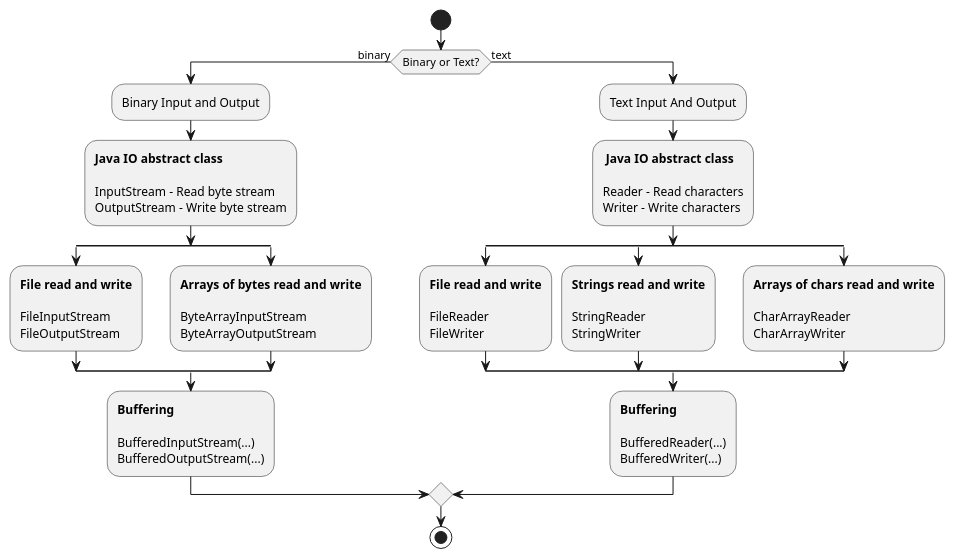
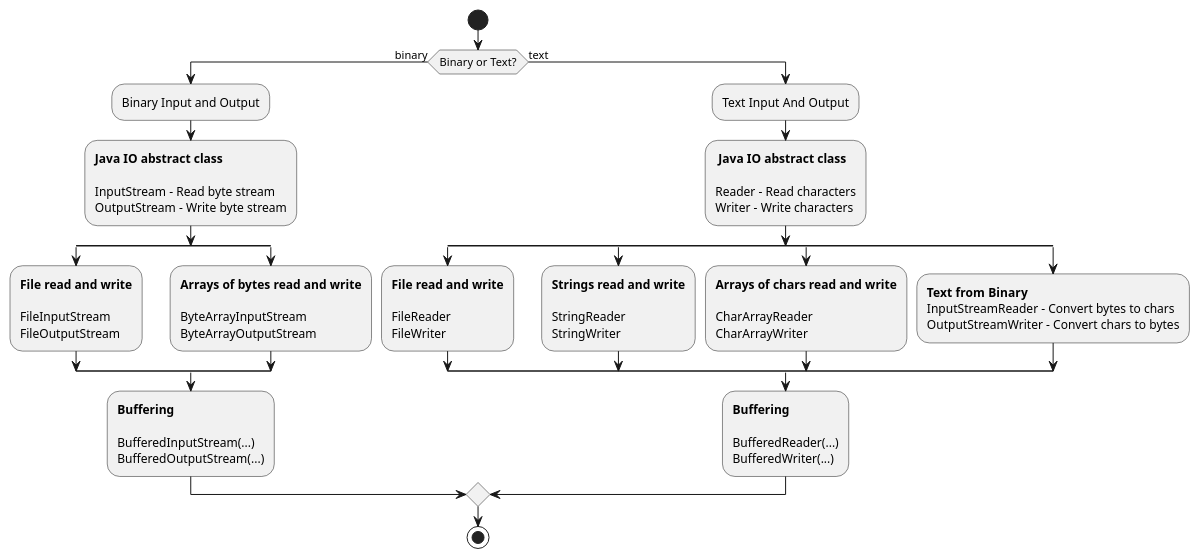
One commit to heig-vd-dai-course/heig-vd-dai-course changed the diagram in 05-java-ios/images/when-to-use-which-io.plantuml. Above: the diagram before and after it, drawn with PlantUML. The commit also changed 3 other files, not shown here.

Commit message:
Update PlantUML schema

```diff
--- a/05-java-ios/images/when-to-use-which-io.plantuml
+++ b/05-java-ios/images/when-to-use-which-io.plantuml
@@ -1,60 +1,64 @@
 @startuml java-io-decision-tree
 start
 
 if (Binary or Text?) then (binary)
   :Binary Input and Output;
   :**Java IO abstract class**
 
   InputStream - Read byte stream
   OutputStream - Write byte stream;
 
   split
     :**File read and write**
 
     FileInputStream
     FileOutputStream;
   split again
     :**Arrays of bytes read and write**
 
     ByteArrayInputStream
     ByteArrayOutputStream;
   end split
 
   :**Buffering**
 
   BufferedInputStream(...)
   BufferedOutputStream(...);
 
 else (text)
   :Text Input And Output;
   : **Java IO abstract class**
 
   Reader - Read characters
   Writer - Write characters;
 
   split
     :**File read and write**
 
     FileReader
     FileWriter;
 
   split again
     :**Strings read and write**
 
     StringReader
     StringWriter;
   split again
     :**Arrays of chars read and write**
 
     CharArrayReader
     CharArrayWriter;
+  split again
+    :**Text from Binary**
+    InputStreamReader - Convert bytes to chars
+    OutputStreamWriter - Convert chars to bytes;
   end split
 
   :**Buffering**
 
   BufferedReader(...)
   BufferedWriter(...);
 
 endif
 stop
 @enduml
```
